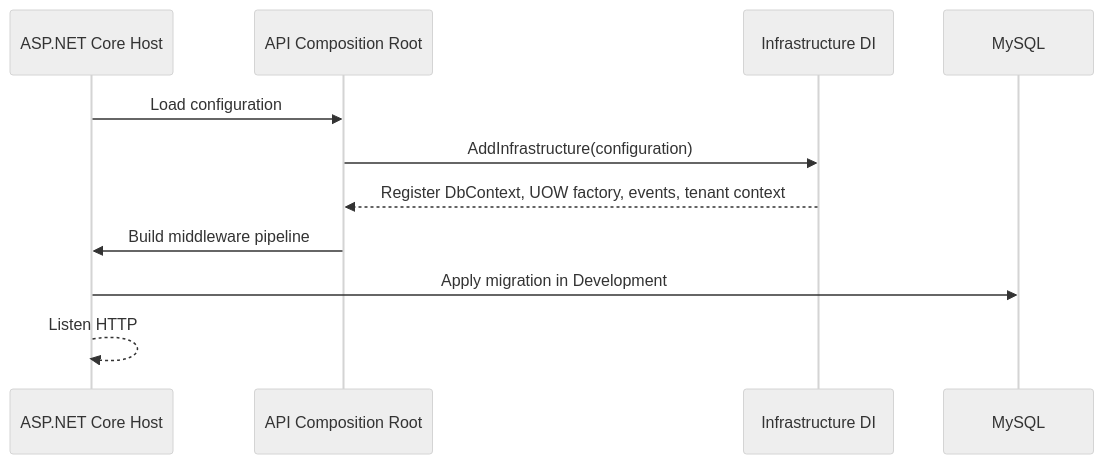
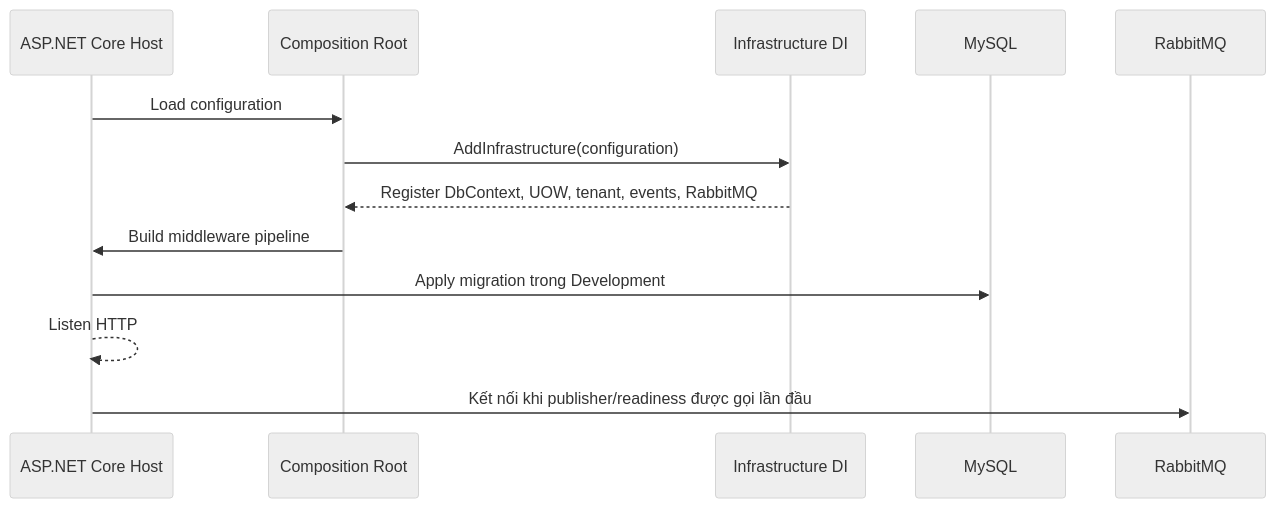
One commit to trungdev26/food-delivery changed the first of 4 diagrams in backend/docs/architecture/backend-runtime-flow.md. Above: the diagram before and after it, drawn with Mermaid (neutral theme). The commit also changed other lines of this file and 3 other files, not shown here.

Commit message:
docs: complete RabbitMQ architecture guide

````diff
--- a/backend/docs/architecture/backend-runtime-flow.md
+++ b/backend/docs/architecture/backend-runtime-flow.md
@@ -5,13 +5,15 @@
 ```mermaid
 sequenceDiagram
-    participant Host as ASP.NET Core Host
-    participant API as API Composition Root
-    participant Infra as Infrastructure DI
+    participant H as ASP.NET Core Host
+    participant API as Composition Root
+    participant I as Infrastructure DI
     participant DB as MySQL
-    Host->>API: Load configuration
-    API->>Infra: AddInfrastructure(configuration)
-    Infra-->>API: Register DbContext, UOW factory, events, tenant context
-    API->>Host: Build middleware pipeline
-    Host->>DB: Apply migration in Development
-    Host-->>Host: Listen HTTP
+    participant RMQ as RabbitMQ
+    H->>API: Load configuration
+    API->>I: AddInfrastructure(configuration)
+    I-->>API: Register DbContext, UOW, tenant, events, RabbitMQ
+    API->>H: Build middleware pipeline
+    H->>DB: Apply migration trong Development
+    H-->>H: Listen HTTP
+    H->>RMQ: Kết nối khi publisher/readiness được gọi lần đầu
 ```
````
